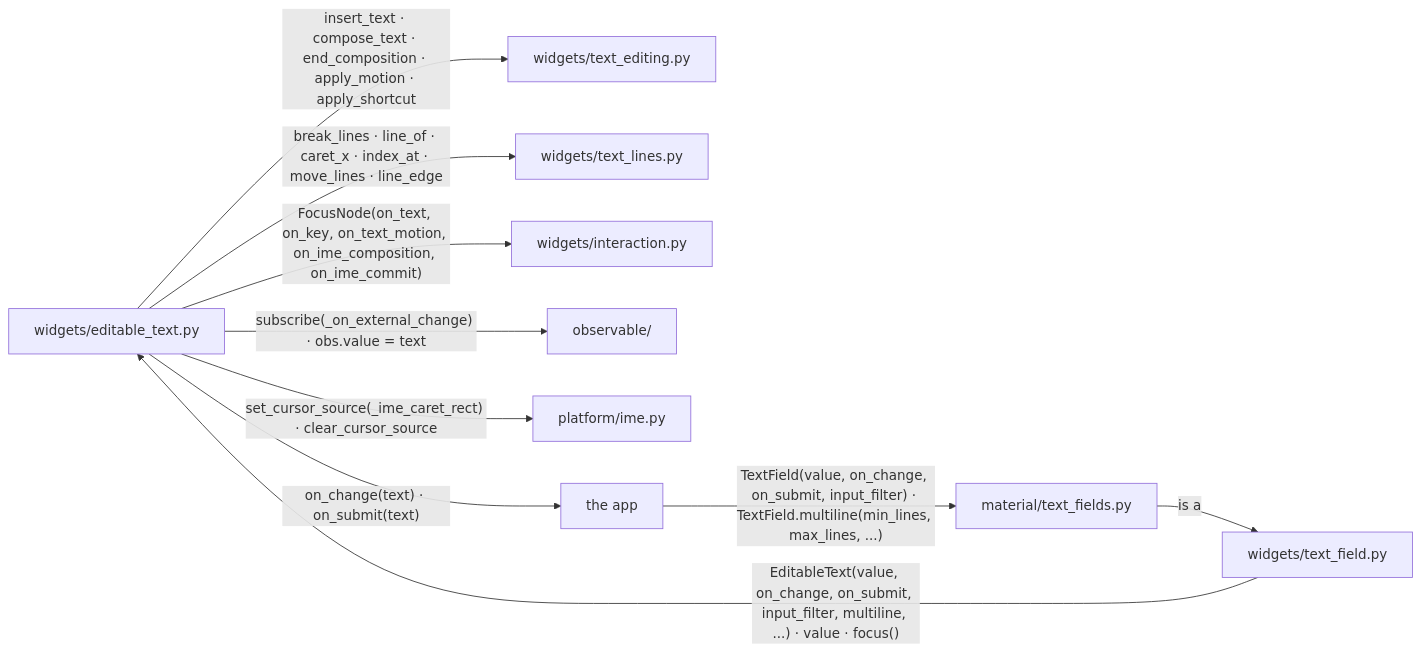
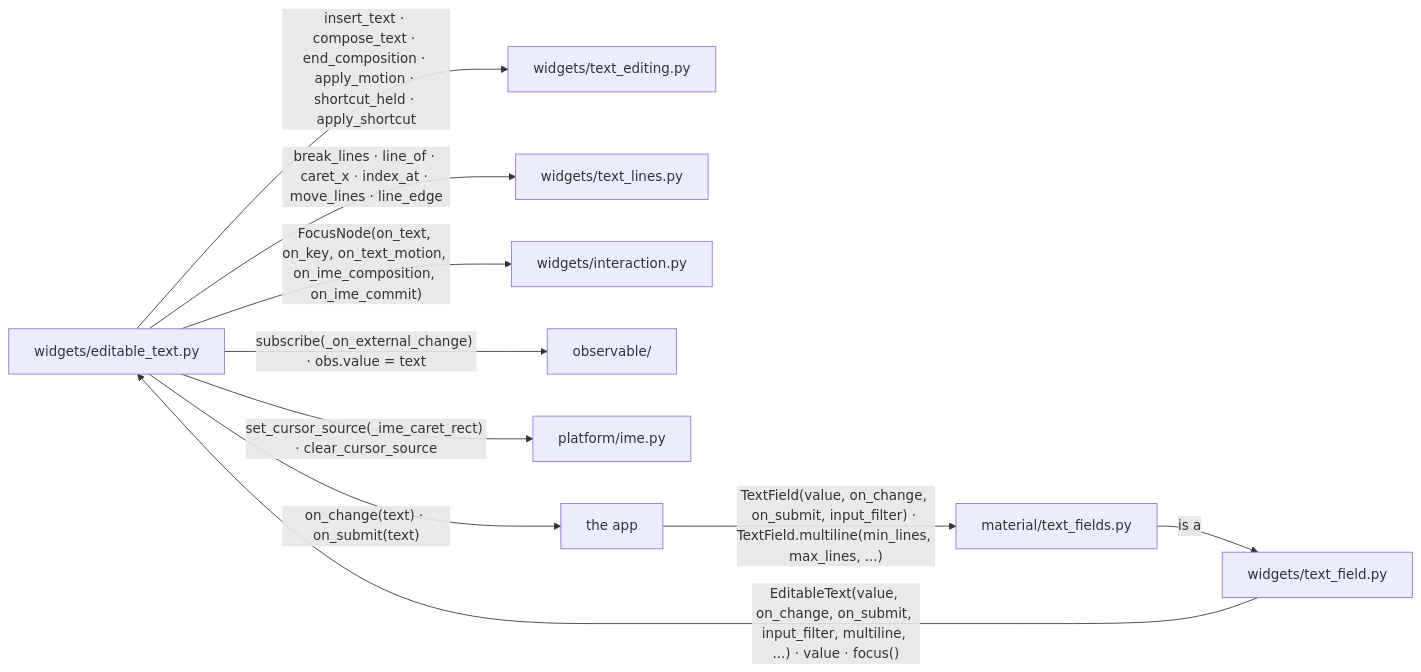
The third of 9 diagrams in docs/design/TEXT_EDITING.md (yuksblog/nuiitivet), drawn with Mermaid before and after one commit. The commit also changed other lines of this file and 14 other files, not shown here.

````diff
--- a/docs/design/TEXT_EDITING.md
+++ b/docs/design/TEXT_EDITING.md
@@ -84,22 +86,22 @@
 ```mermaid
 flowchart LR
     editor[widgets/editable_text.py]
     base[widgets/text_field.py]
     material[material/text_fields.py]
     value[widgets/text_editing.py]
     lines[widgets/text_lines.py]
     interaction[widgets/interaction.py]
     observable[observable/]
     ime[platform/ime.py]
     app[the app]
 
     app -- "TextField(value, on_change, on_submit, input_filter) · TextField.multiline(min_lines, max_lines, ...)" --> material
     material -- "is a" --> base
     base -- "EditableText(value, on_change, on_submit, input_filter, multiline, ...) · value · focus()" --> editor
-    editor -- "insert_text · compose_text · end_composition · apply_motion · apply_shortcut" --> value
+    editor -- "insert_text · compose_text · end_composition · apply_motion · shortcut_held · apply_shortcut" --> value
     editor -- "break_lines · line_of · caret_x · index_at · move_lines · line_edge" --> lines
     editor -- "FocusNode(on_text, on_key, on_text_motion, on_ime_composition, on_ime_commit)" --> interaction
     editor -- "subscribe(_on_external_change) · obs.value = text" --> observable
     editor -- "set_cursor_source(_ime_caret_rect) · clear_cursor_source" --> ime
     editor -- "on_change(text) · on_submit(text)" --> app
 ```
````
